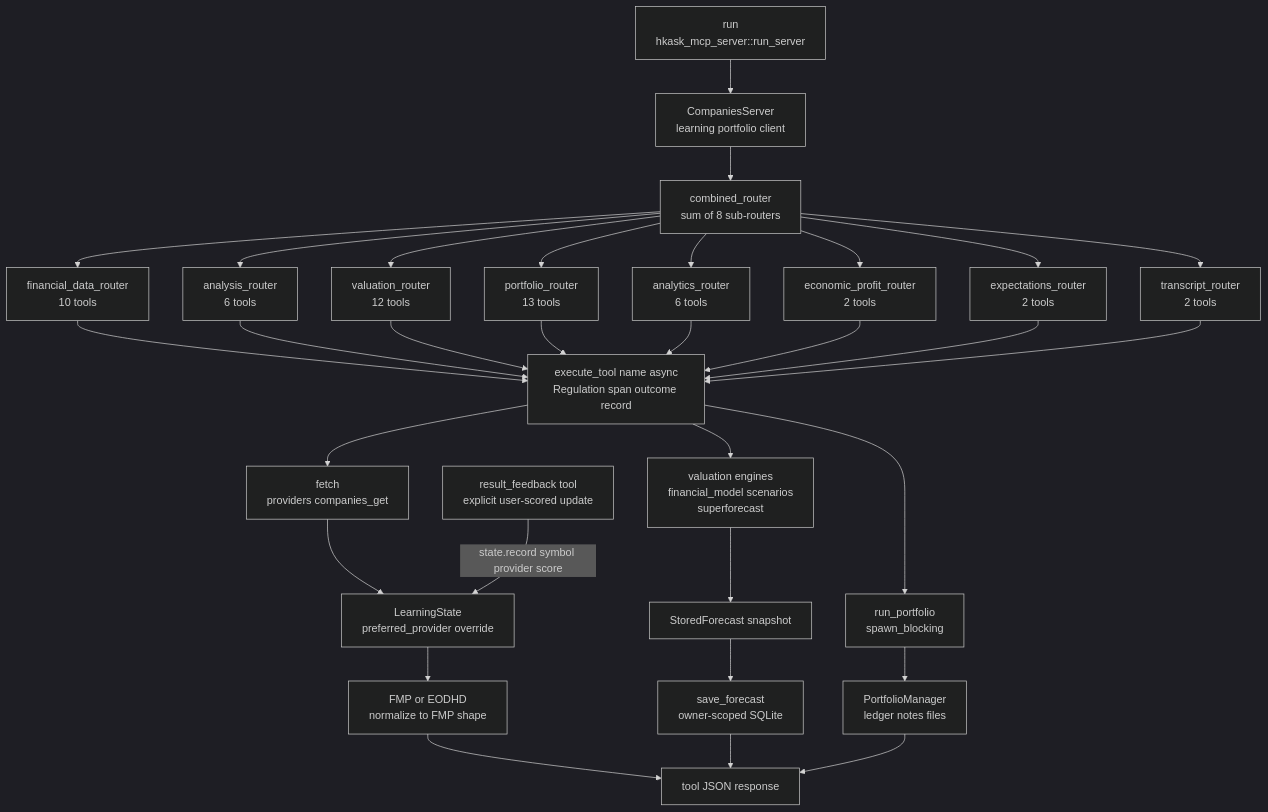
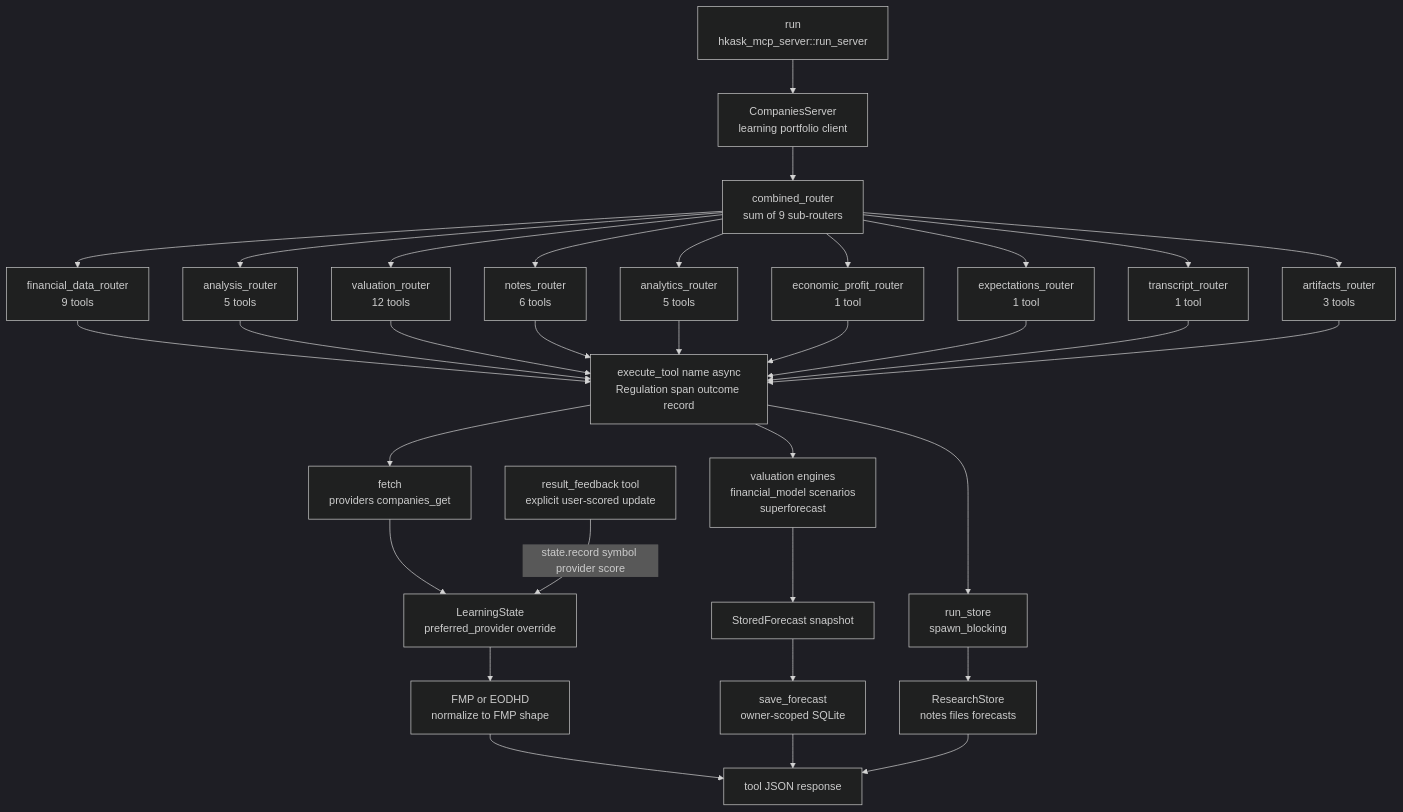
Before and after one commit to mdz-axo/zed-kask: the diagram in kask/docs/reference/mcp-servers/companies.md, drawn with Mermaid (dark theme). The commit also changed other lines of this file and 12 other files, not shown here.

First line of the commit message:
Move portfolio ledger from companies to portfolio MCP server

````diff
--- a/kask/docs/reference/mcp-servers/companies.md
+++ b/kask/docs/reference/mcp-servers/companies.md
@@ -124,35 +124,37 @@
 ```mermaid
 flowchart TD
     Boot["run<br/>hkask_mcp_server::run_server"]
     Boot --> Srv["CompaniesServer<br/>learning portfolio client"]
-    Srv --> Comb["combined_router<br/>sum of 8 sub-routers"]
-    Comb --> R1["financial_data_router<br/>10 tools"]
-    Comb --> R2["analysis_router<br/>6 tools"]
+    Srv --> Comb["combined_router<br/>sum of 9 sub-routers"]
+    Comb --> R1["financial_data_router<br/>9 tools"]
+    Comb --> R2["analysis_router<br/>5 tools"]
     Comb --> R3["valuation_router<br/>12 tools"]
-    Comb --> R4["portfolio_router<br/>13 tools"]
-    Comb --> R5["analytics_router<br/>6 tools"]
-    Comb --> R6["economic_profit_router<br/>2 tools"]
-    Comb --> R7["expectations_router<br/>2 tools"]
-    Comb --> R8["transcript_router<br/>2 tools"]
+    Comb --> R4["notes_router<br/>6 tools"]
+    Comb --> R5["analytics_router<br/>5 tools"]
+    Comb --> R6["economic_profit_router<br/>1 tool"]
+    Comb --> R7["expectations_router<br/>1 tool"]
+    Comb --> R8["transcript_router<br/>1 tool"]
+    Comb --> R9["artifacts_router<br/>3 tools"]
     R1 --> Seam["execute_tool name async<br/>Regulation span outcome record"]
     R2 --> Seam
     R3 --> Seam
     R4 --> Seam
     R5 --> Seam
     R6 --> Seam
     R7 --> Seam
     R8 --> Seam
+    R9 --> Seam
     Seam --> SinkA["fetch<br/>providers companies_get"]
     Seam --> SinkB["valuation engines<br/>financial_model scenarios<br/>superforecast"]
-    Seam --> SinkC["run_portfolio<br/>spawn_blocking"]
+    Seam --> SinkC["run_store<br/>spawn_blocking"]
     SinkA --> Learn["LearningState<br/>preferred_provider override"]
     Learn --> FmpEod["FMP or EODHD<br/>normalize to FMP shape"]
     FmpEod --> Out["tool JSON response"]
     SinkB --> Stored["StoredForecast snapshot"]
     Stored --> Persist["save_forecast<br/>owner-scoped SQLite"]
-    SinkC --> Ledger["PortfolioManager<br/>ledger notes files"]
+    SinkC --> Ledger["ResearchStore<br/>notes files forecasts"]
     Persist --> Out
     Feedback["result_feedback tool<br/>explicit user-scored update"]
     Feedback -->|"state.record symbol provider score"| Learn
     Ledger --> Out
 ```
````
